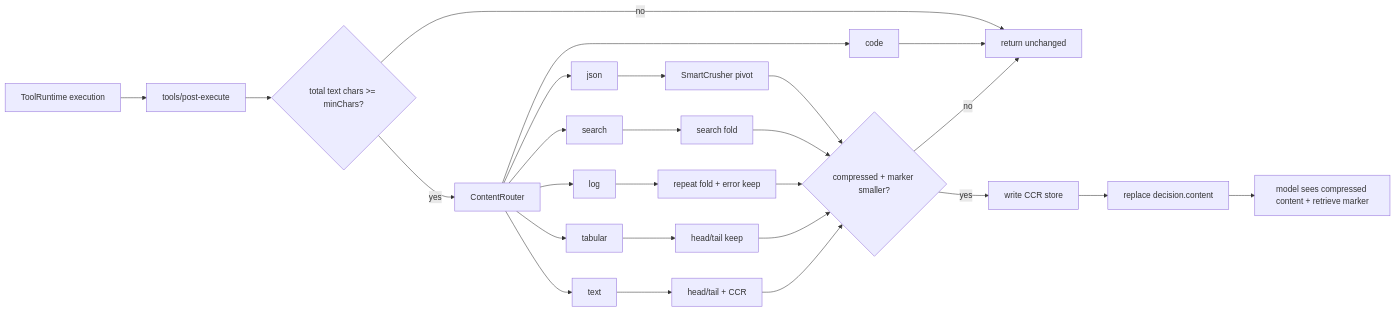
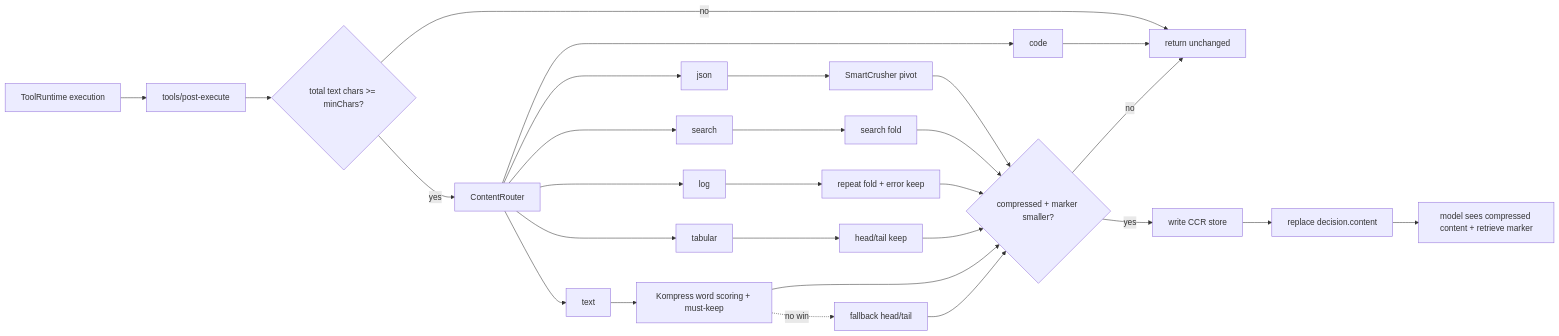
One commit to giter00/dsh-headroom changed the diagram in README.en.md. Above: the diagram before and after it, drawn with Mermaid. The commit also changed other lines of this file and 8 other files, not shown here.

First line of the commit message:
feat: add Kompress-style ML text compression and harden routing

````diff
--- a/README.en.md
+++ b/README.en.md
@@ -49,18 +61,19 @@
 ```mermaid
 flowchart LR
   A[ToolRuntime execution] --> B[tools/post-execute]
   B --> C{total text chars >= minChars?}
   C -- no --> Z[return unchanged]
   C -- yes --> D[ContentRouter]
   D --> E[json] --> E1[SmartCrusher pivot]
   D --> F[search] --> F1[search fold]
   D --> G[log] --> G1[repeat fold + error keep]
   D --> H[tabular] --> H1[head/tail keep]
-  D --> I[text] --> I1[head/tail + CCR]
+  D --> I[text] --> I1[Kompress word scoring + must-keep]
+  I1 -. no win .-> I2[fallback head/tail]
   D --> J[code] --> Z
-  E1 & F1 & G1 & H1 & I1 --> K{compressed + marker smaller?}
+  E1 & F1 & G1 & H1 & I1 & I2 --> K{compressed + marker smaller?}
   K -- no --> Z
   K -- yes --> L[write CCR store]
   L --> M[replace decision.content]
   M --> N[model sees compressed content + retrieve marker]
 ```
````
